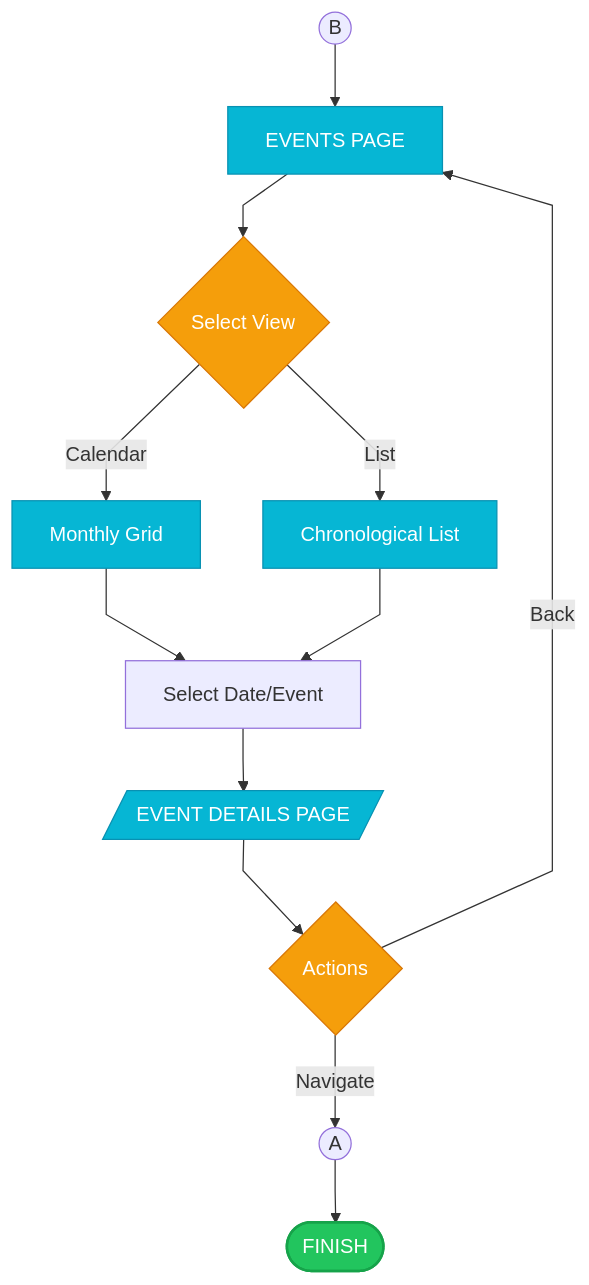
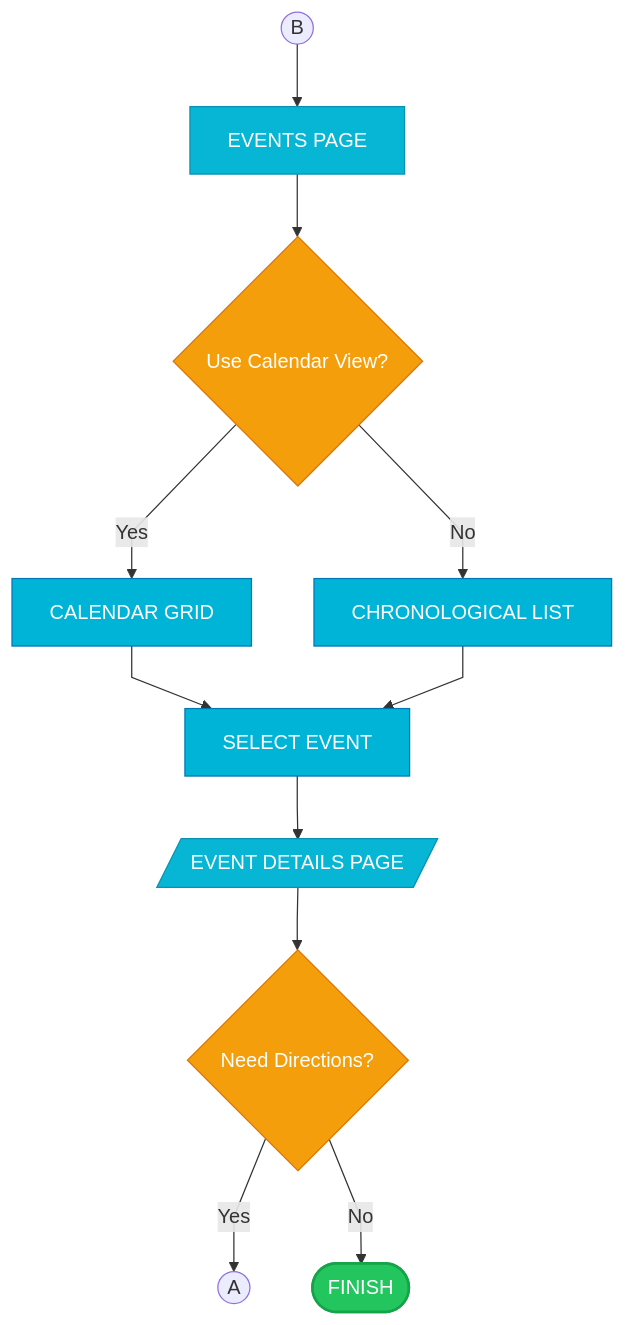
One commit to Yui1003/iCCAT changed the third of 6 diagrams in iCCAT-Academic-Flowcharts-Printable.md. Above: the diagram before and after it, drawn with Mermaid. The commit also changed other lines of this file and 1 other file, not shown here.

First line of the commit message:
Update flowcharts to use binary decisions and academic formatting

````diff
--- a/iCCAT-Academic-Flowcharts-Printable.md
+++ b/iCCAT-Academic-Flowcharts-Printable.md
@@ -86,28 +108,28 @@
 ```mermaid
 %%{init: {'flowchart': {'curve': 'linear', 'nodeSpacing': 50, 'rankSpacing': 50}}}%%
 flowchart TB
-    classDef startEnd fill:#22c55e,stroke:#16a34a,color:#fff,stroke-width:2px
+    classDef startEnd fill:#22c55e,stroke:#16a34a,color:#fff,stroke-width:2px,rx:20,ry:20
     classDef display fill:#06b6d4,stroke:#0891b2,color:#fff
+    classDef action fill:#00b4d8,stroke:#0077b6,color:#fff
     classDef decision fill:#f59e0b,stroke:#d97706,color:#fff
     
     B((B)) --> EVENTS[EVENTS PAGE]
-    EVENTS --> VIEW{Select View}
     
-    VIEW -->|Calendar| CAL[Monthly Grid]
-    VIEW -->|List| LST[Chronological List]
+    EVENTS --> VIEW_MODE{Use Calendar View?}
+    VIEW_MODE -->|Yes| CAL[CALENDAR GRID]
+    VIEW_MODE -->|No| LST[CHRONOLOGICAL LIST]
     
-    CAL --> SEL[Select Date/Event]
+    CAL --> SEL[SELECT EVENT]
     LST --> SEL
     
-    SEL --> DET[/EVENT DETAILS PAGE/]
-    DET --> OPT{Actions}
+    SEL --> DETAILS[/EVENT DETAILS PAGE/]
     
-    OPT -->|Navigate| NAV((A))
-    OPT -->|Back| EVENTS
-    
-    NAV --> FINISH([FINISH])
+    DETAILS --> NAV_CHECK{Need Directions?}
+    NAV_CHECK -->|Yes| A((A))
+    NAV_CHECK -->|No| FINISH([FINISH])
 
     class FINISH startEnd
-    class EVENTS,CAL,LST,DET display
-    class VIEW,OPT decision
+    class EVENTS,DETAILS display
+    class CAL,LST,SEL action
+    class VIEW_MODE,NAV_CHECK decision
 ```
````
